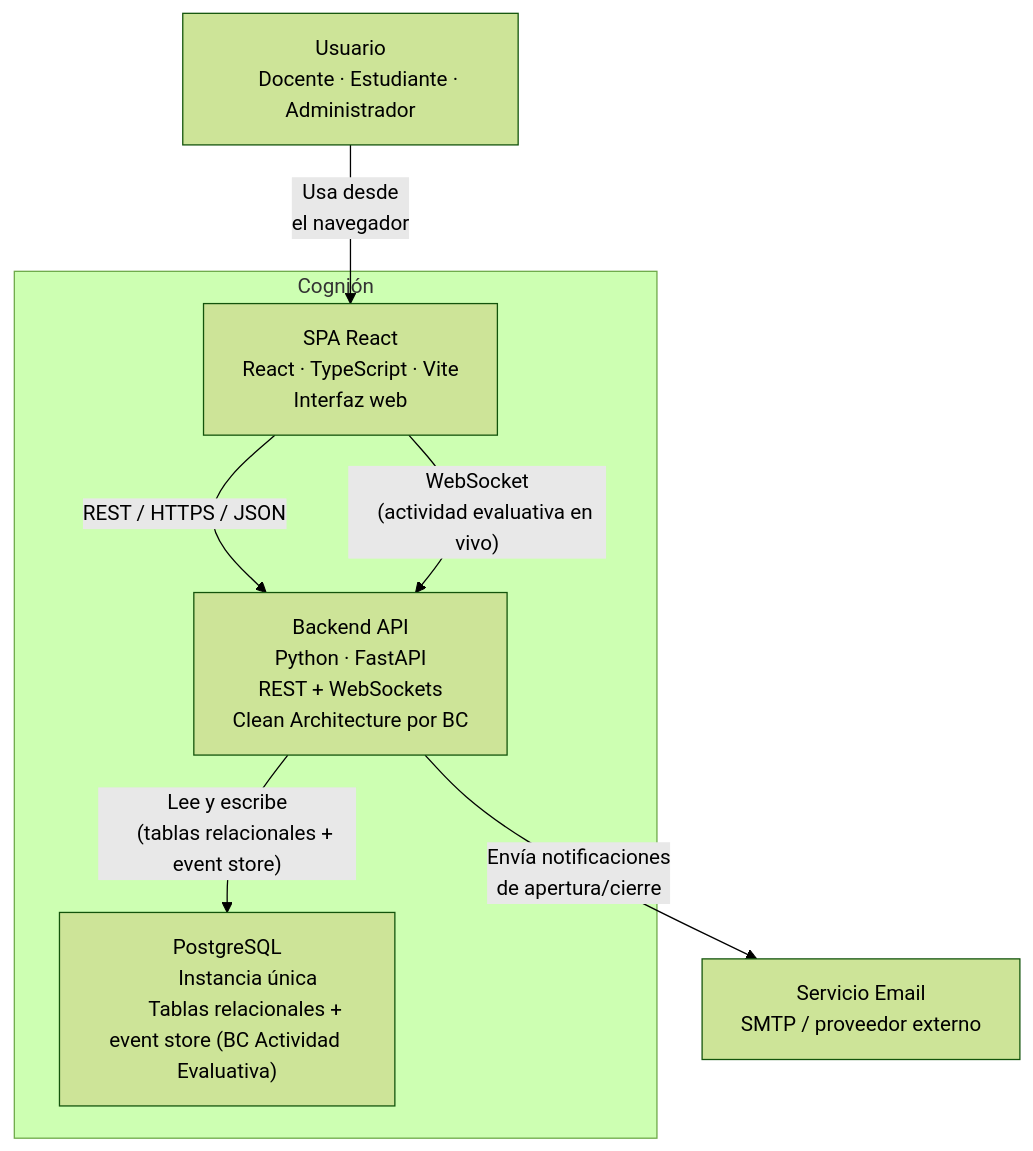
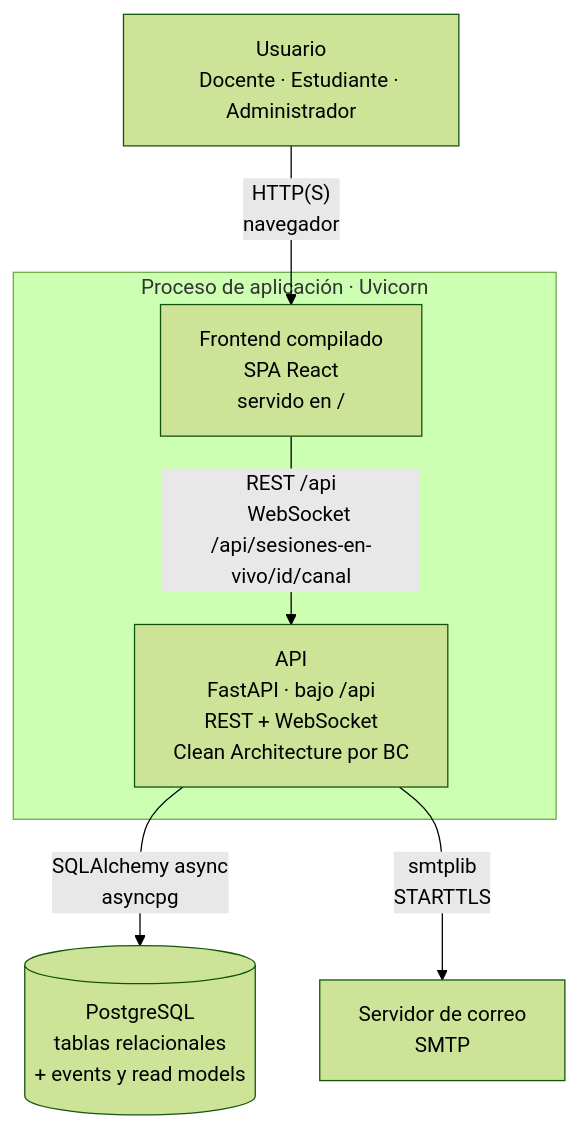
The first of 2 diagrams in docs/architecture/02-container-view.md (vvalotto/cognion), drawn with Mermaid (forest theme) before and after one commit. The commit also changed other lines of this file and 1 other file, not shown here.

````diff
--- a/docs/architecture/02-container-view.md
+++ b/docs/architecture/02-container-view.md
@@ -90,36 +55,30 @@
 ```mermaid
 flowchart TB
     usuario["Usuario
     Docente · Estudiante · Administrador"]
 
-    subgraph cognion["Cognión"]
-        spa["SPA React
-        React · TypeScript · Vite
-        Interfaz web"]
-
-        api["Backend API
-        Python · FastAPI
-        REST + WebSockets
+    subgraph app["Proceso de aplicación · Uvicorn"]
+        spa["Frontend compilado
+        SPA React
+        servido en /"]
+        api["API
+        FastAPI · bajo /api
+        REST + WebSocket
         Clean Architecture por BC"]
-
-        db["PostgreSQL
-        Instancia única
-        Tablas relacionales + event store (BC Actividad Evaluativa)"]
     end
 
-    email["Servicio Email
-    SMTP / proveedor externo"]
+    db[("PostgreSQL
+    tablas relacionales
+    + events y read models")]
+    smtp["Servidor de correo
+    SMTP"]
 
-    usuario -->|"Usa desde
-    el navegador"| spa
-
-    spa -->|"REST / HTTPS / JSON"| api
-    spa -->|"WebSocket
-    (actividad evaluativa en vivo)"| api
-
-    api -->|"Lee y escribe
-    (tablas relacionales + event store)"| db
-
-    api -->|"Envía notificaciones
-    de apertura/cierre"| email
+    usuario -->|"HTTP(S)
+    navegador"| spa
+    spa -->|"REST /api
+    WebSocket /api/sesiones-en-vivo/id/canal"| api
+    api -->|"SQLAlchemy async
+    asyncpg"| db
+    api -->|"smtplib
+    STARTTLS"| smtp
 ```
````
